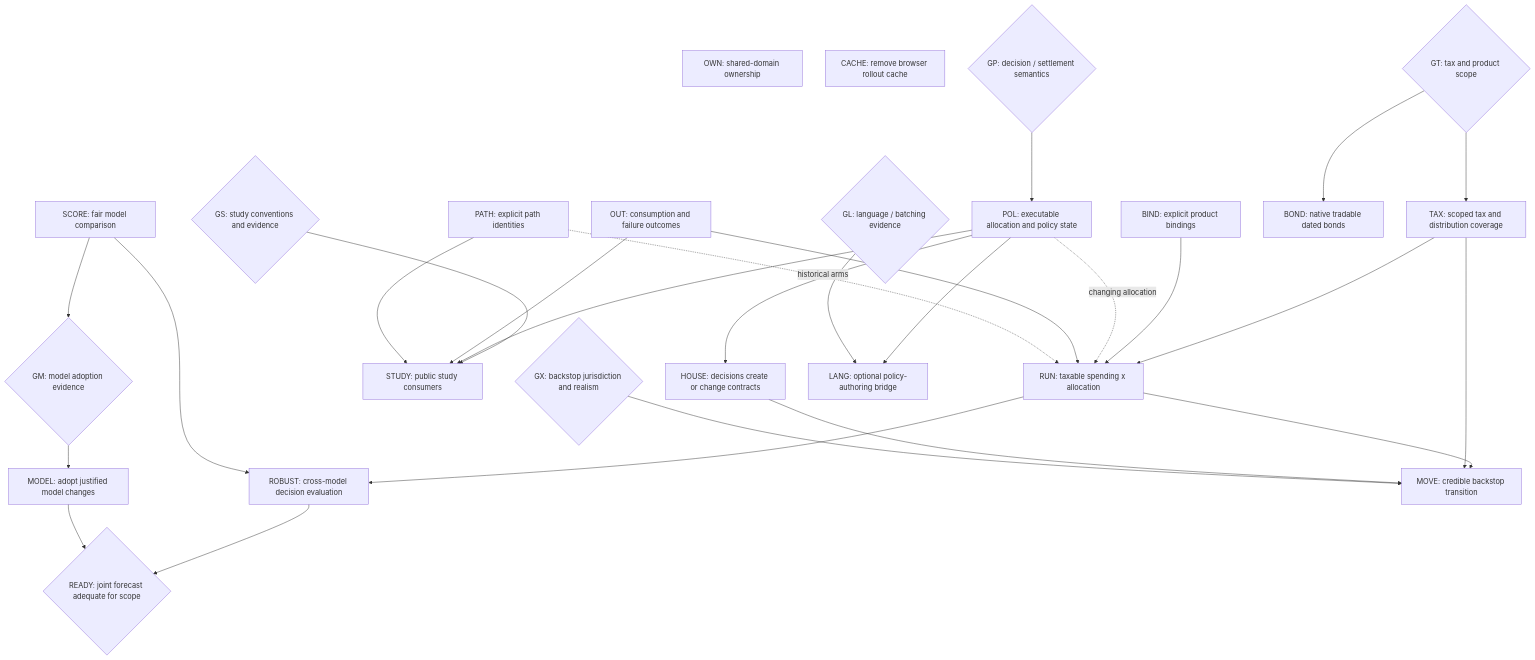
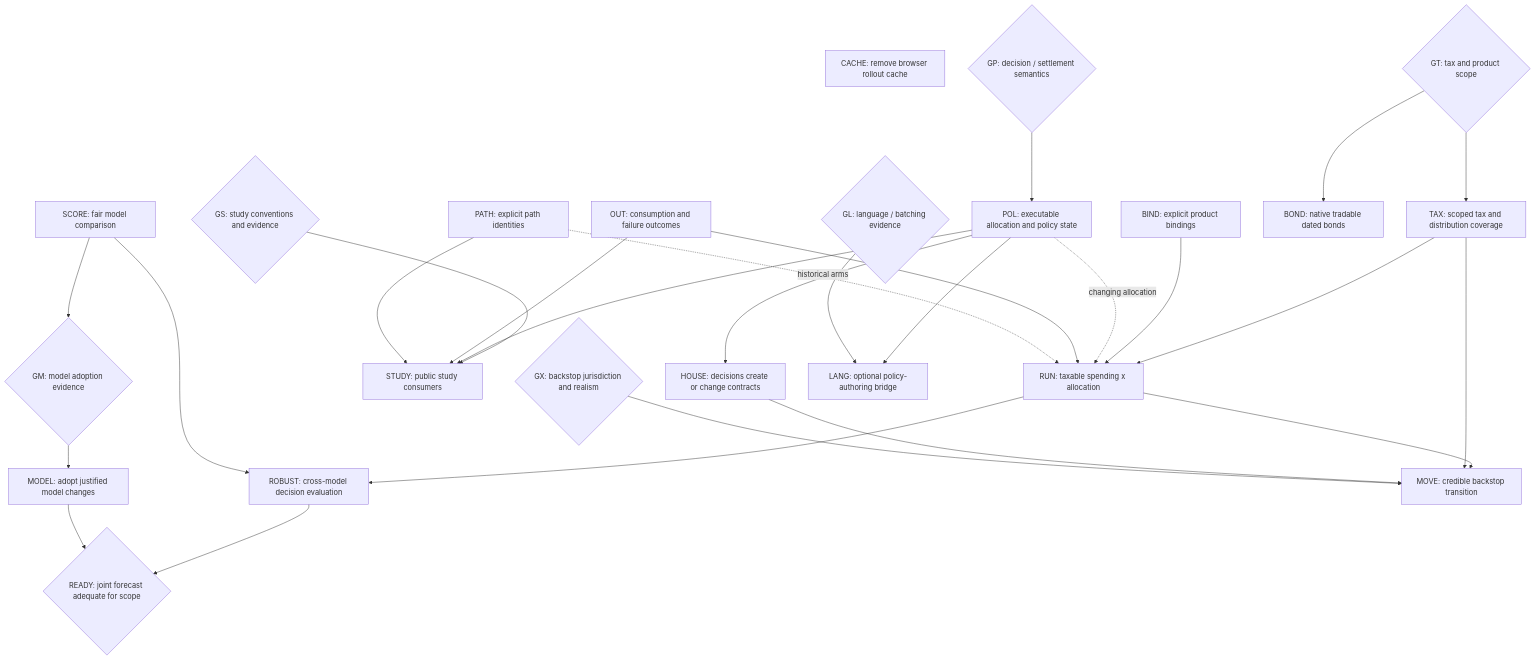
One commit to agentydragon-agent/ducktape changed the diagram in finance/augur/plans/roadmap.md. Above: the diagram before and after it, drawn with Mermaid. The commit also changed other lines of this file and 41 other files, not shown here.

````diff
--- a/finance/augur/plans/roadmap.md
+++ b/finance/augur/plans/roadmap.md
@@ -130,44 +129,43 @@
 ```mermaid
 flowchart TB
-    OWN["OWN: shared-domain ownership"]
     CACHE["CACHE: remove browser rollout cache"]
     PATH["PATH: explicit path identities"]
     OUT["OUT: consumption and failure outcomes"]
     BIND["BIND: explicit product bindings"]
     GP{"GP: decision / settlement semantics"}
     GT{"GT: tax and product scope"}
     GS{"GS: study conventions and evidence"}
     GX{"GX: backstop jurisdiction and realism"}
     GL{"GL: language / batching evidence"}
 
     GP --> POL["POL: executable allocation and policy state"]
     GT --> TAX["TAX: scoped tax and distribution coverage"]
     GT --> BOND["BOND: native tradable dated bonds"]
     POL --> HOUSE["HOUSE: decisions create or change contracts"]
 
     PATH --> STUDY["STUDY: public study consumers"]
     OUT --> STUDY
     POL --> STUDY
     GS --> STUDY
 
     PATH -. historical arms .-> RUN["RUN: taxable spending x allocation"]
     OUT --> RUN
     POL -. changing allocation .-> RUN
     BIND --> RUN
     TAX --> RUN
 
     SCORE["SCORE: fair model comparison"] --> GM{"GM: model adoption evidence"}
     GM --> MODEL["MODEL: adopt justified model changes"]
     SCORE --> ROBUST["ROBUST: cross-model decision evaluation"]
     RUN --> ROBUST
     MODEL --> READY{"READY: joint forecast adequate for scope"}
     ROBUST --> READY
 
     GX --> MOVE["MOVE: credible backstop transition"]
     HOUSE --> MOVE
     TAX --> MOVE
     RUN --> MOVE
 
     GL --> LANG["LANG: optional policy-authoring bridge"]
     POL --> LANG
 ```
````
